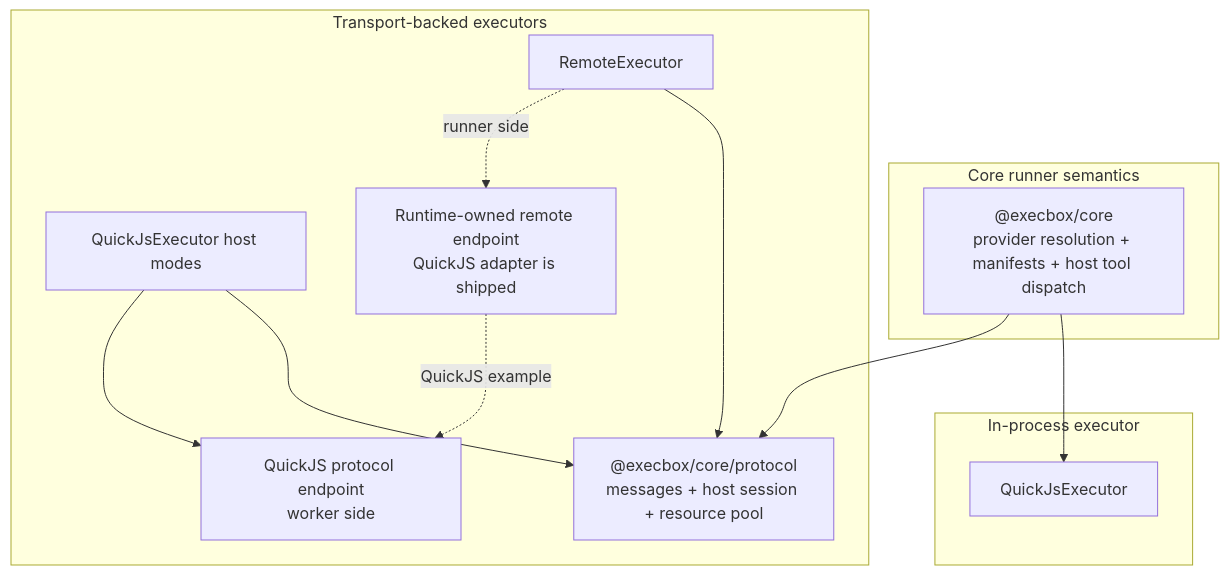
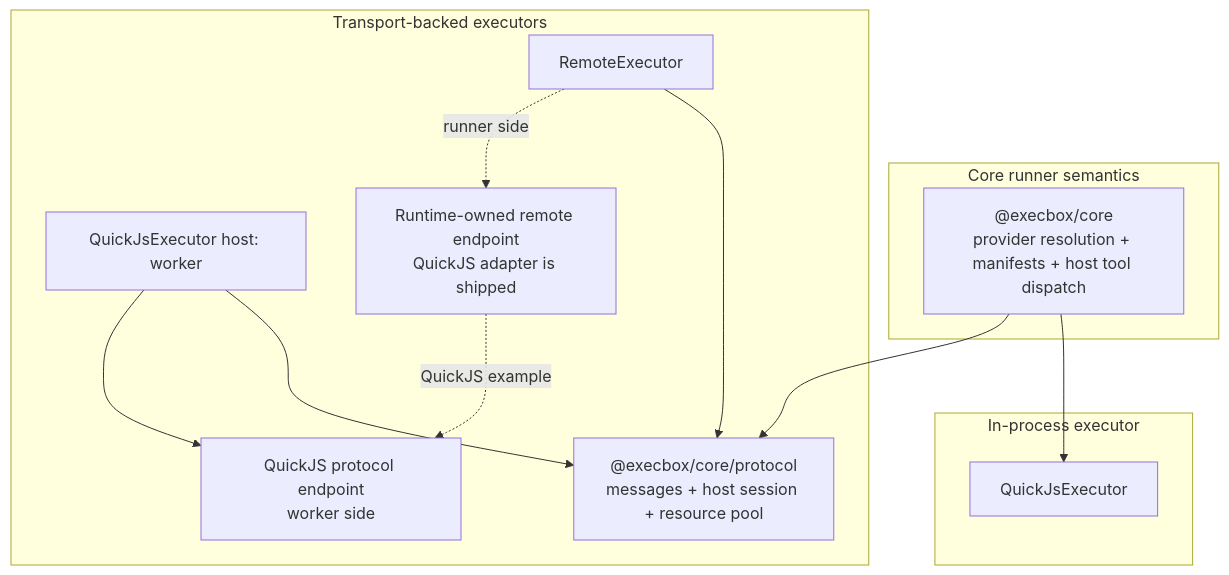
Before and after one commit to aallam/execbox: the second of 3 diagrams in docs/architecture/execbox-mcp-and-protocol.md, drawn with Mermaid. The commit also changed other lines of this file and 16 other files, not shown here.

````diff
--- a/docs/architecture/execbox-mcp-and-protocol.md
+++ b/docs/architecture/execbox-mcp-and-protocol.md
@@ -65,26 +65,26 @@
 ```mermaid
 flowchart TB
     subgraph Core["Core runner semantics"]
         CORE["@execbox/core<br/>provider resolution + manifests + host tool dispatch"]
     end
 
     subgraph InProcess["In-process executor"]
         QJS["QuickJsExecutor"]
     end
 
     subgraph TransportBacked["Transport-backed executors"]
         PROTO["@execbox/core/protocol<br/>messages + host session + resource pool"]
-        HOSTED["QuickJsExecutor host modes"]
+        HOSTED["QuickJsExecutor host: worker"]
         REM["RemoteExecutor"]
         QJS_ENDPOINT["QuickJS protocol endpoint<br/>worker side"]
         REMOTE_ENDPOINT["Runtime-owned remote endpoint<br/>QuickJS adapter is shipped"]
     end
 
     CORE --> QJS
     CORE --> PROTO
     HOSTED --> PROTO
     REM --> PROTO
     HOSTED --> QJS_ENDPOINT
     REM -. runner side .-> REMOTE_ENDPOINT
     REMOTE_ENDPOINT -. QuickJS example .-> QJS_ENDPOINT
 ```
````
